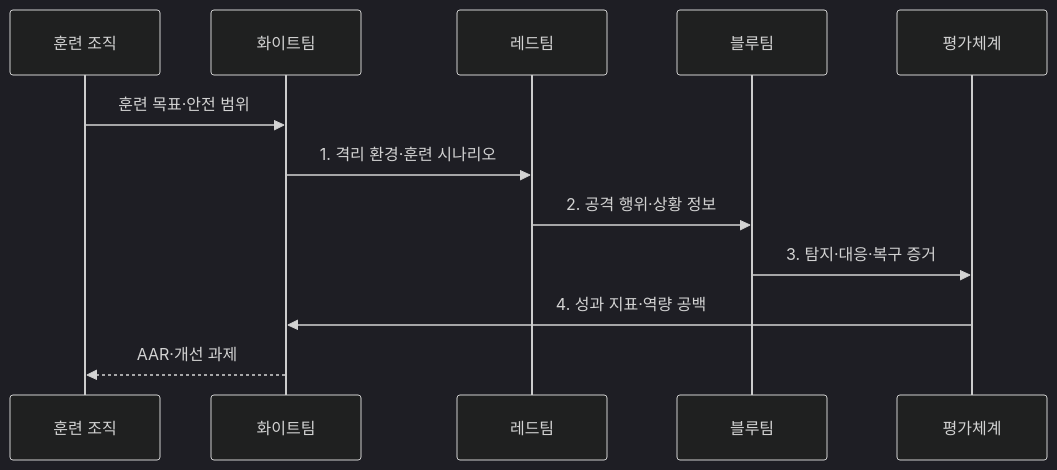
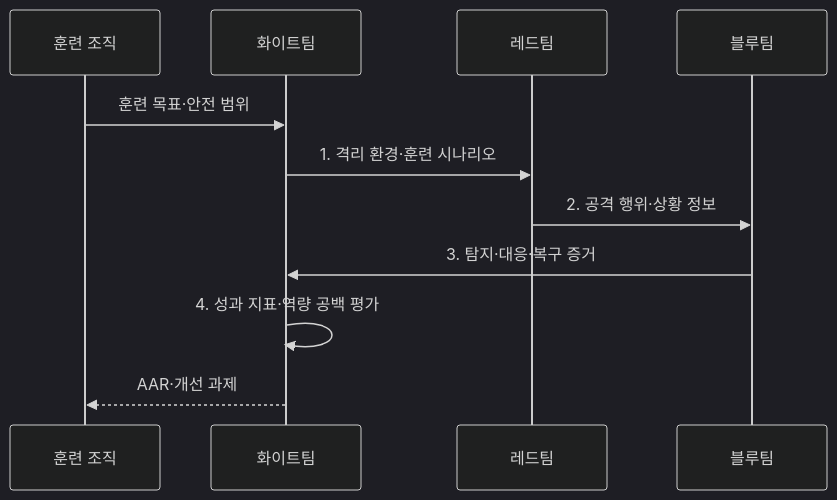
One commit to agnusdei1207/knowledge-base changed the second of 2 diagrams in src/content/docs/notes/05-security/123_cyber_range_training.md. Above: the diagram before and after it, drawn with Mermaid (dark theme). The commit also changed other lines of this file and 3 other files, not shown here.

Commit message:
Simplify security lifecycle sequences

````diff
--- a/src/content/docs/notes/05-security/123_cyber_range_training.md
+++ b/src/content/docs/notes/05-security/123_cyber_range_training.md
@@ -97,14 +97,13 @@
 ```mermaid
 sequenceDiagram
   participant O as 훈련 조직
   participant W as 화이트팀
   participant R as 레드팀
   participant B as 블루팀
-  participant E as 평가체계
   O->>W: 훈련 목표·안전 범위
   W->>R: 1. 격리 환경·훈련 시나리오
   R->>B: 2. 공격 행위·상황 정보
-  B->>E: 3. 탐지·대응·복구 증거
-  E->>W: 4. 성과 지표·역량 공백
+  B->>W: 3. 탐지·대응·복구 증거
+  W->>W: 4. 성과 지표·역량 공백 평가
   W-->>O: AAR·개선 과제
 ```
````
